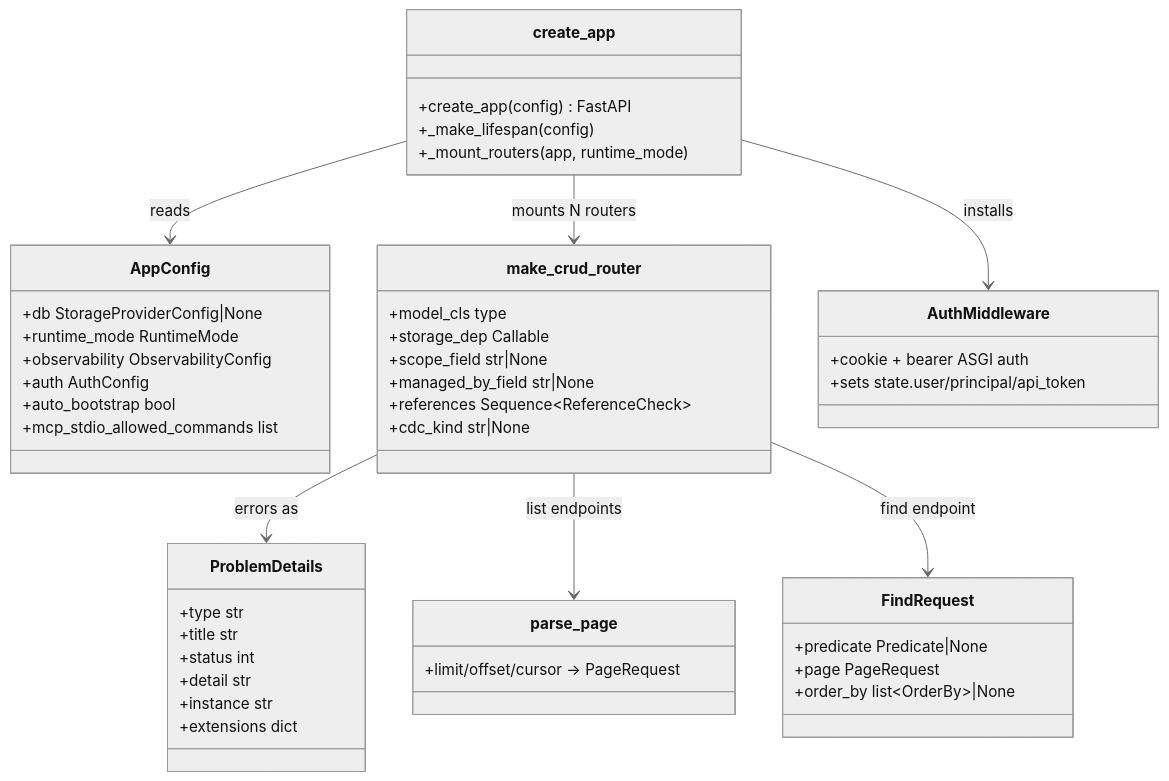
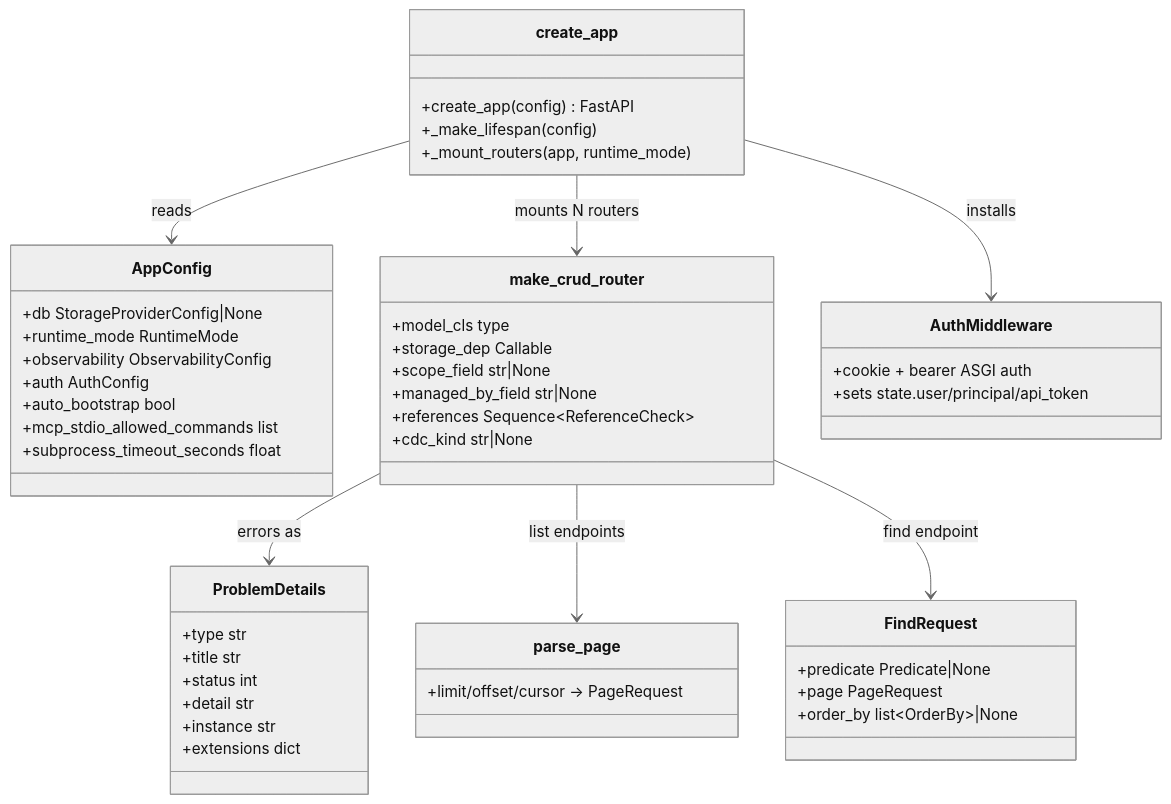
The first of 2 diagrams in docs/dev/architecture/rest-api.md (primerhq/primer), drawn with Mermaid (neutral theme) before and after one commit. The commit also changed 12 other files, not shown here.

First line of the commit message:
feat(workspace): add global subprocess timeout for git and init_command

````diff
--- a/docs/dev/architecture/rest-api.md
+++ b/docs/dev/architecture/rest-api.md
@@ -15,50 +15,51 @@
 ```mermaid
 classDiagram
     class create_app {
         +create_app(config) FastAPI
         +_make_lifespan(config)
         +_mount_routers(app, runtime_mode)
     }
     class AppConfig {
         +db StorageProviderConfig|None
         +runtime_mode RuntimeMode
         +observability ObservabilityConfig
         +auth AuthConfig
         +auto_bootstrap bool
         +mcp_stdio_allowed_commands list
+        +subprocess_timeout_seconds float
     }
     class make_crud_router {
         +model_cls type
         +storage_dep Callable
         +scope_field str|None
         +managed_by_field str|None
         +references Sequence~ReferenceCheck~
         +cdc_kind str|None
     }
     class AuthMiddleware {
         +cookie + bearer ASGI auth
         +sets state.user/principal/api_token
     }
     class ProblemDetails {
         +type str
         +title str
         +status int
         +detail str
         +instance str
         +extensions dict
     }
     class parse_page {
         +limit/offset/cursor -> PageRequest
     }
     class FindRequest {
         +predicate Predicate|None
         +page PageRequest
         +order_by list~OrderBy~|None
     }
     create_app --> AppConfig : reads
     create_app --> AuthMiddleware : installs
     create_app --> make_crud_router : mounts N routers
     make_crud_router --> ProblemDetails : errors as
     make_crud_router --> parse_page : list endpoints
     make_crud_router --> FindRequest : find endpoint
 ```
````
